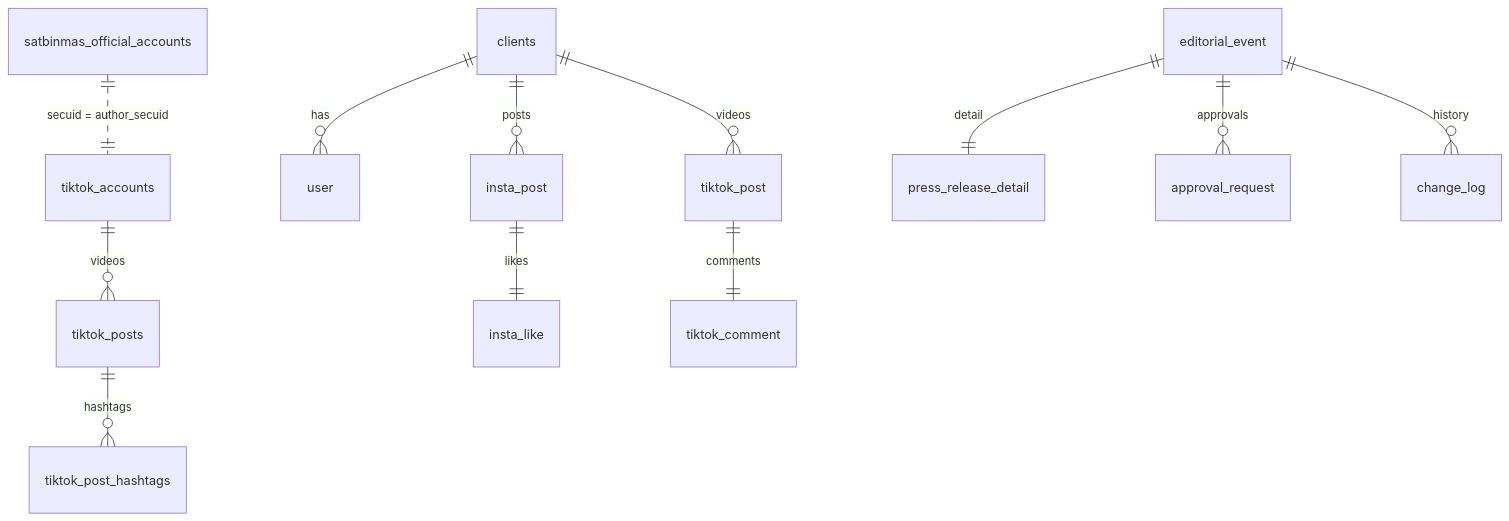
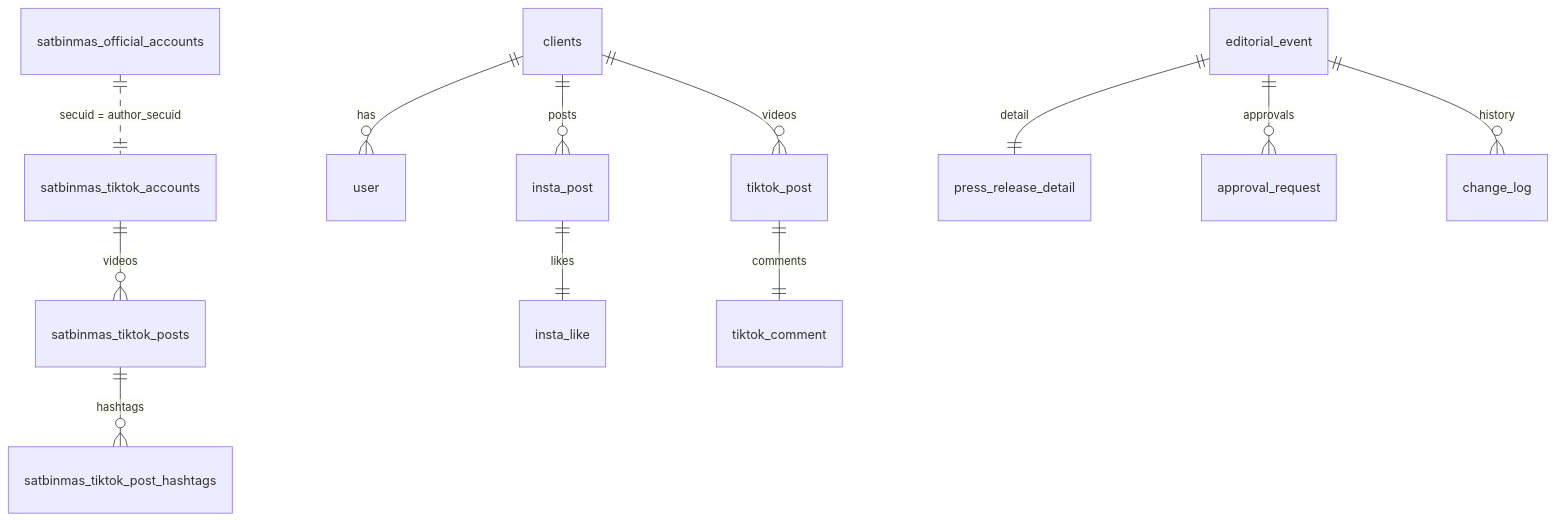
One commit to cicero78M/Cicero_V2 changed the diagram in docs/database_structure.md. Above: the diagram before and after it, drawn with Mermaid. The commit also changed other lines of this file and 2 other files, not shown here.

Commit message:
Rename Satbinmas TikTok snapshot tables

````diff
--- a/docs/database_structure.md
+++ b/docs/database_structure.md
@@ -307,14 +307,14 @@
 ```mermaid
 erDiagram
     clients ||--o{ user : "has"
     clients ||--o{ insta_post : "posts"
     clients ||--o{ tiktok_post : "videos"
-    satbinmas_official_accounts ||..|| tiktok_accounts : "secuid = author_secuid"
-    tiktok_accounts ||--o{ tiktok_posts : "videos"
-    tiktok_posts ||--o{ tiktok_post_hashtags : "hashtags"
+    satbinmas_official_accounts ||..|| satbinmas_tiktok_accounts : "secuid = author_secuid"
+    satbinmas_tiktok_accounts ||--o{ satbinmas_tiktok_posts : "videos"
+    satbinmas_tiktok_posts ||--o{ satbinmas_tiktok_post_hashtags : "hashtags"
     insta_post ||--|| insta_like : "likes"
     tiktok_post ||--|| tiktok_comment : "comments"
     editorial_event ||--|| press_release_detail : "detail"
     editorial_event ||--o{ approval_request : "approvals"
     editorial_event ||--o{ change_log : "history"
 ```
````
